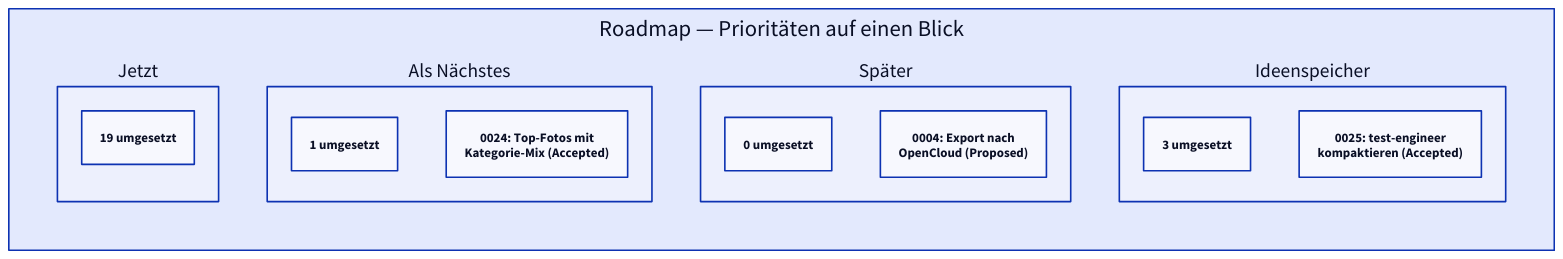
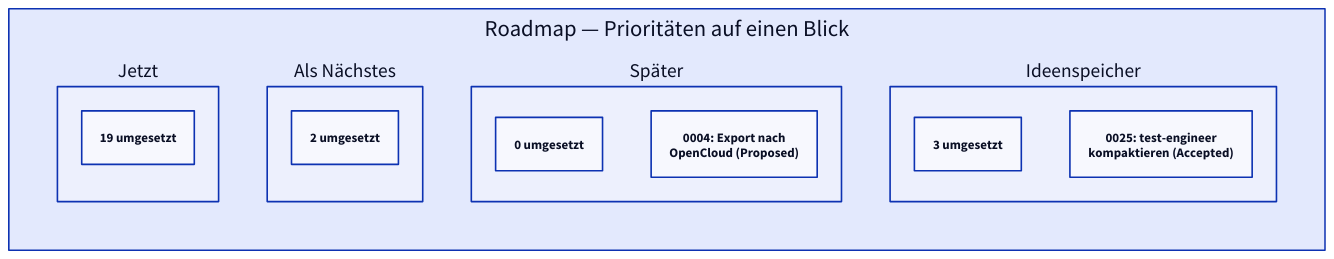
Before and after one commit to TheRealKoller/photosort: the diagram in specs/diagrams/roadmap-overview.d2, drawn with D2. The commit also changed 3 other files, not shown here.

First line of the commit message:
docs: mark spec 0024 Implemented, sync roadmap and Kanban overview

```diff
--- a/specs/diagrams/roadmap-overview.d2
+++ b/specs/diagrams/roadmap-overview.d2
@@ -1,40 +1,39 @@
 # Kompakte Kanban-Uebersicht ueber specs/roadmap.md, Abschnitt "Priorisierung".
 # Siehe Feature-Spec specs/features/0026-roadmap-kompaktuebersicht-und-readme-link.md.
 #
 # Nur nicht-implementierte Specs bekommen eine eigene Karte, bereits
 # implementierte Specs werden pro Spalte als ein einzelner Zaehler
 # zusammengefasst (haelt das Diagramm bei ueber 20 Specs insgesamt lesbar,
 # statt eine Karte pro Spec zu zeigen - siehe Spec 0026, "Architektur /
 # Umsetzung").
 #
 # Pflege: wird vom requirements-engineer mitaktualisiert, wenn er ohnehin
 # roadmap.md aendert (neue Spec, Status-/Prioritaetswechsel) - Diagramm und
 # die Tabelle "Status auf einen Blick" im selben Schritt aktualisieren, sonst
 # laufen beide auseinander.
 #
 # Rendern: scripts/render-diagrams.sh (ruft "d2 --sketch" auf).
 # Gerendert/verifiziert mit d2 v0.7.1 (https://github.com/d2lang/d2/releases).
 
 board: "Roadmap — Prioritäten auf einen Blick" {
   grid-columns: 4
   grid-gap: 60
 
   jetzt: "Jetzt" {
     zaehler: "19 umgesetzt"
   }
 
   als_naechstes: "Als Nächstes" {
-    zaehler: "1 umgesetzt"
-    "0024: Top-Fotos mit\nKategorie-Mix (Accepted)"
+    zaehler: "2 umgesetzt"
   }
 
   spaeter: "Später" {
     zaehler: "0 umgesetzt"
     "0004: Export nach\nOpenCloud (Proposed)"
   }
 
   ideenspeicher: "Ideenspeicher" {
     zaehler: "3 umgesetzt"
     "0025: test-engineer\nkompaktieren (Accepted)"
   }
 }
```
